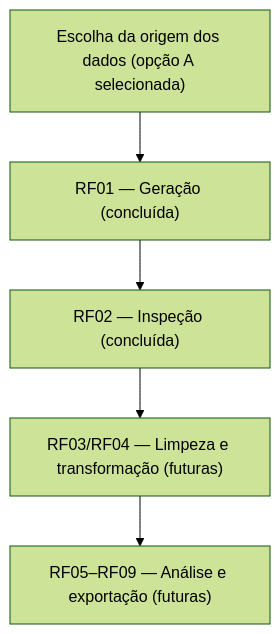
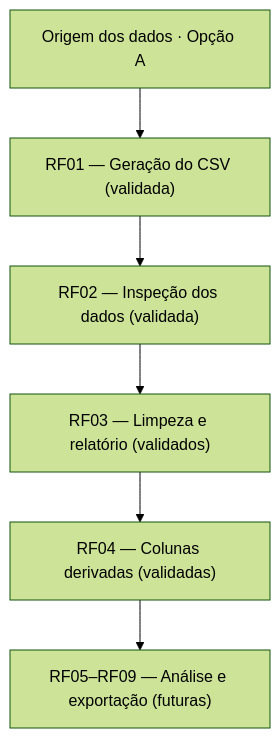
Before and after one commit to fabcosta-br/salesinsight-py: the diagram in README.md, drawn with Mermaid (forest theme). The commit also changed other lines of this file and 5 other files, not shown here.

First line of the commit message:
feat: implementa limpeza e transformacao de dados RF03 RF04

````diff
--- a/README.md
+++ b/README.md
@@ -27,12 +27,14 @@
 ```mermaid
 flowchart TD
-    origem["Escolha da origem dos dados (opção A selecionada)"]
-    geracao["RF01 — Geração (concluída)"]
-    inspecao["RF02 — Inspeção (concluída)"]
-    tratamento["RF03/RF04 — Limpeza e transformação (futuras)"]
+    origem["Origem dos dados · Opção A"]
+    geracao["RF01 — Geração do CSV (validada)"]
+    inspecao["RF02 — Inspeção dos dados (validada)"]
+    limpeza["RF03 — Limpeza e relatório (validados)"]
+    transformacao["RF04 — Colunas derivadas (validadas)"]
     analise["RF05–RF09 — Análise e exportação (futuras)"]
     origem --> geracao
     geracao --> inspecao
-    inspecao --> tratamento
-    tratamento --> analise
+    inspecao --> limpeza
+    limpeza --> transformacao
+    transformacao --> analise
 ```
````
